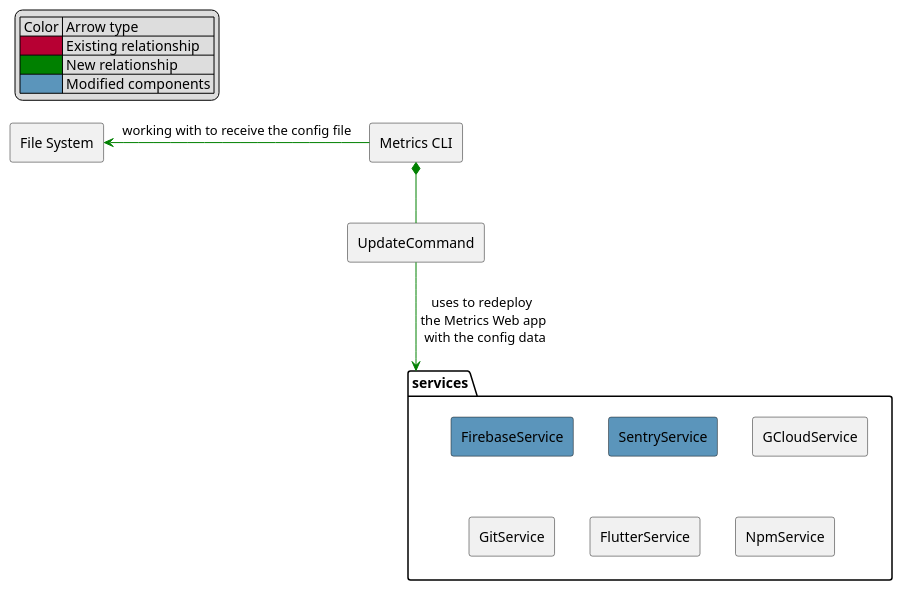
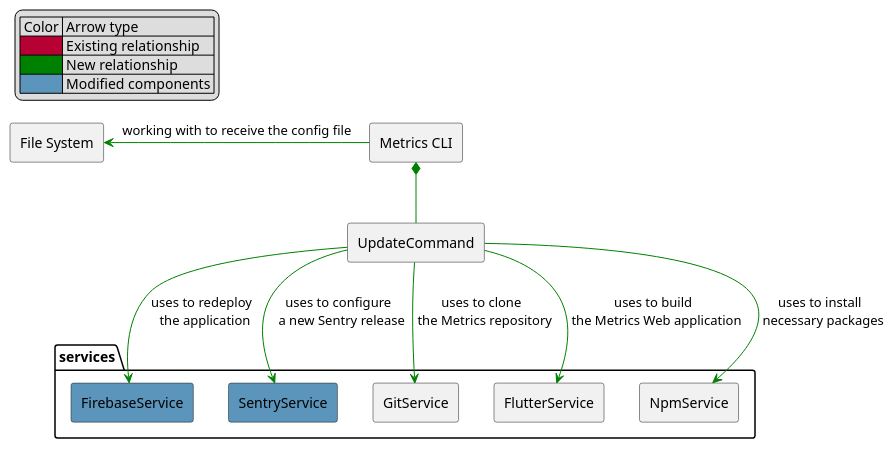
One commit to Flank/flank-dashboard changed the diagram in metrics/cli/docs/features/diagrams/update_feature_integration_component_diagram.puml. Above: the diagram before and after it, drawn with PlantUML. The commit also changed 1 other file, not shown here.

```diff
--- a/metrics/cli/docs/features/diagrams/update_feature_integration_component_diagram.puml
+++ b/metrics/cli/docs/features/diagrams/update_feature_integration_component_diagram.puml
@@ -1,30 +1,32 @@
 @startuml update_feature_integration_component_diagram
 
 skinparam componentStyle rectangle
 
 legend top left
     | Color | Arrow type |
     |<#B70033>| Existing relationship |
     |<#Green>| New relationship |
     |<#5B95BB>| Modified components |
 endlegend
 
 component "Metrics CLI" as CLI
 component UpdateCommand
 package services {
 component FirebaseService #5B95BB
 component SentryService #5B95BB
-component GCloudService
 component GitService
 component FlutterService
 component NpmService
 }
 
 
 component "File System" as FS
 
 CLI -[#Green]left-> FS : working with to receive the config file
 CLI *-[#Green]- UpdateCommand
-UpdateCommand -[#Green]-> services : uses to redeploy \n the Metrics Web app \n with the config data
-
+UpdateCommand -[#Green]-> FirebaseService : uses to redeploy \n the application
+UpdateCommand -[#Green]-> SentryService : uses to configure \n a new Sentry release
+UpdateCommand -[#Green]-> GitService : uses to clone \n the Metrics repository
+UpdateCommand -[#Green]-> FlutterService : uses to build \n the Metrics Web application
+UpdateCommand -[#Green]-> NpmService : uses to install \n necessary packages
 @enduml
```
